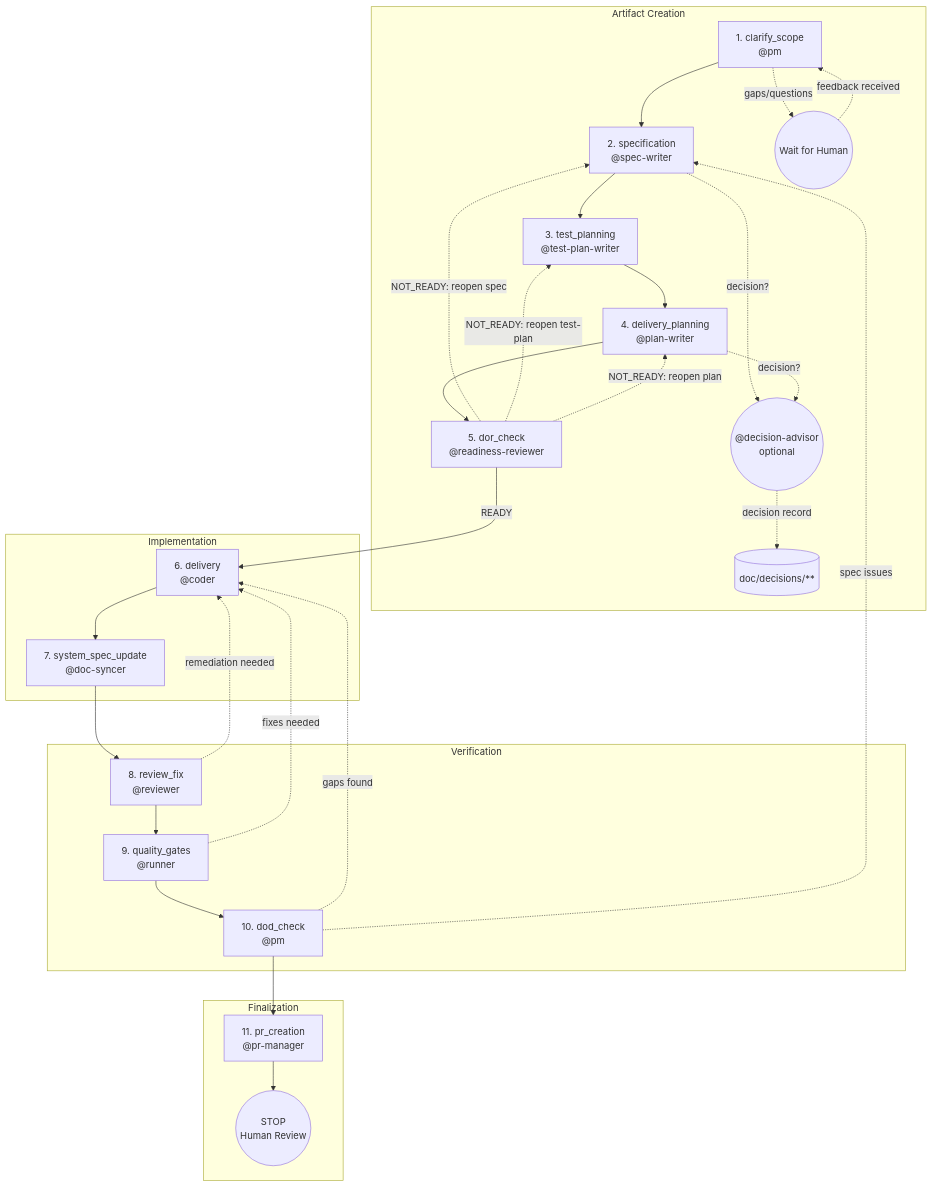
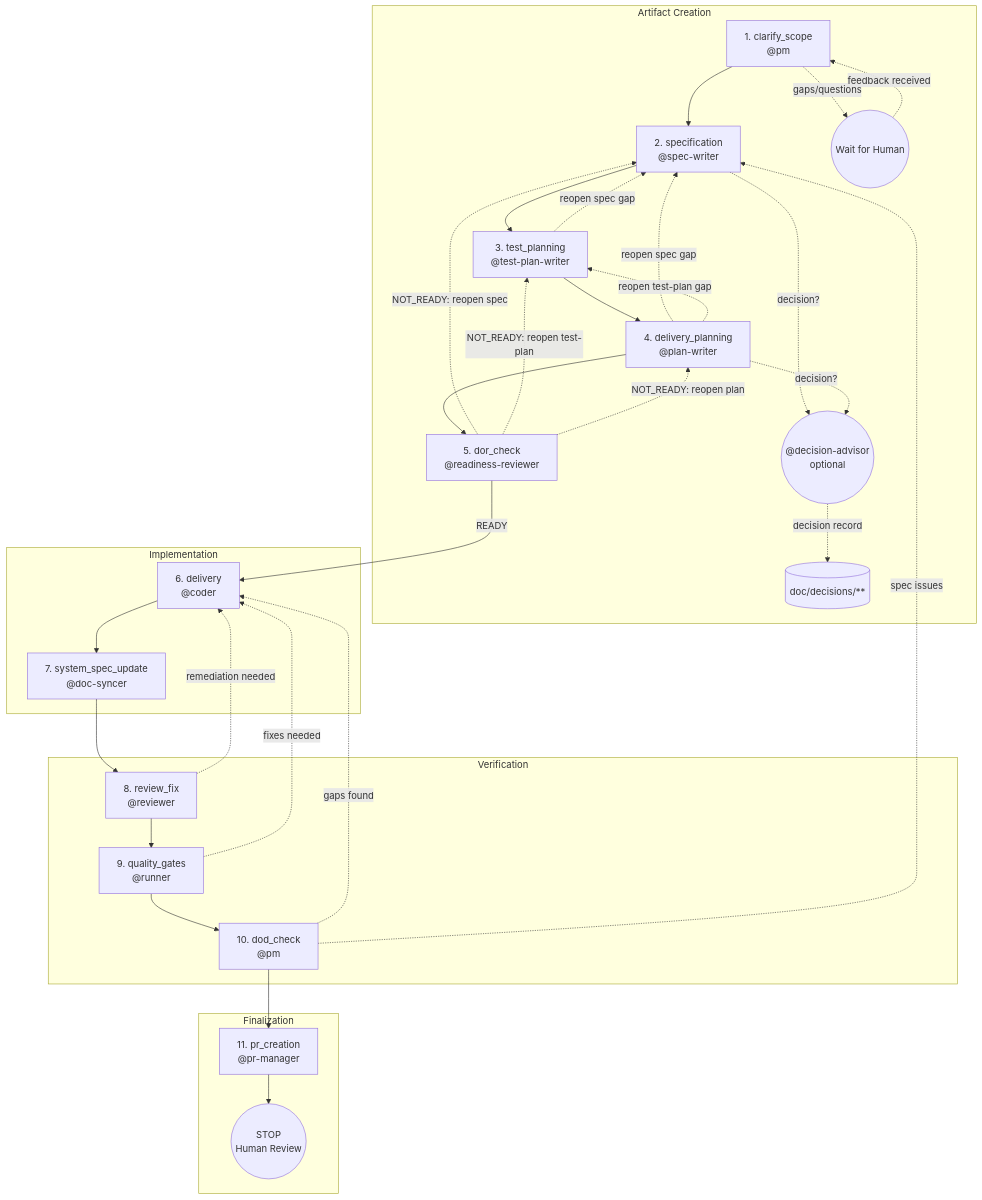
The diagram in doc/guides/change-lifecycle.md (juliusz-cwiakalski/agentic-delivery-os), drawn with Mermaid before and after one commit. The commit also changed other lines of this file and 21 other files, not shown here.

````diff
--- a/doc/guides/change-lifecycle.md
+++ b/doc/guides/change-lifecycle.md
@@ -52,43 +53,46 @@
 ```mermaid
 flowchart TD
     subgraph "Artifact Creation"
         A[1. clarify_scope<br/>@pm] --> B[2. specification<br/>@spec-writer]
         B --> C[3. test_planning<br/>@test-plan-writer]
         C --> D[4. delivery_planning<br/>@plan-writer]
         D --> E[5. dor_check<br/>@readiness-reviewer]
         W((Wait for Human))
         %% Decision consulting (optional, on demand during artifact creation)
         DA(("@decision-advisor<br/>optional"))
         DR[(doc/decisions/**)]
         B -.->|decision?| DA
         D -.->|decision?| DA
         DA -.->|decision record| DR
     end
 
     subgraph "Implementation"
         E -->|READY| F[6. delivery<br/>@coder]
         F --> G[7. system_spec_update<br/>@doc-syncer]
     end
 
     subgraph "Verification"
         G --> H[8. review_fix<br/>@reviewer]
         H --> I[9. quality_gates<br/>@runner]
         I --> J[10. dod_check<br/>@pm]
     end
 
     subgraph "Finalization"
         J --> K[11. pr_creation<br/>@pr-manager]
         K --> L((STOP<br/>Human Review))
     end
 
     %% Feedback loops - gaps discovered
     A -.->|gaps/questions| W
     W -.->|feedback received| A
     E -.->|NOT_READY: reopen spec| B
     E -.->|NOT_READY: reopen test-plan| C
     E -.->|NOT_READY: reopen plan| D
+    C -.->|reopen spec gap| B
+    D -.->|reopen spec gap| B
+    D -.->|reopen test-plan gap| C
     H -.->|remediation needed| F
     I -.->|fixes needed| F
     J -.->|gaps found| F
     J -.->|spec issues| B
 ```
````
